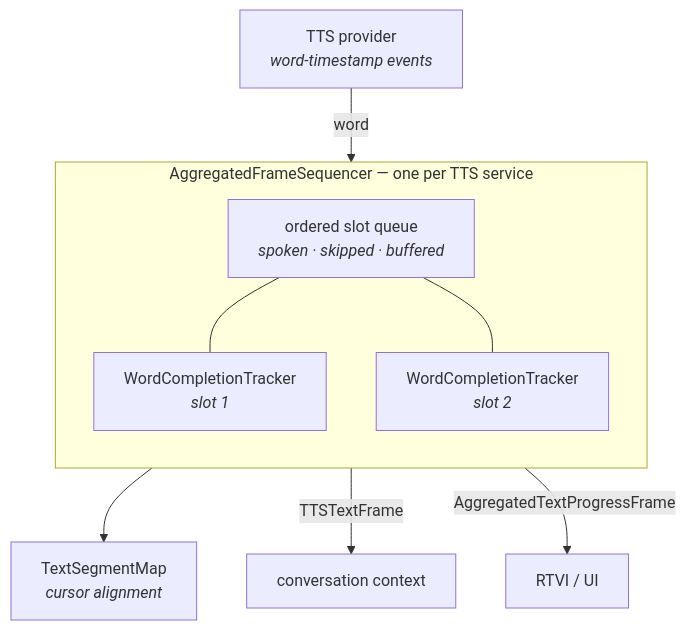
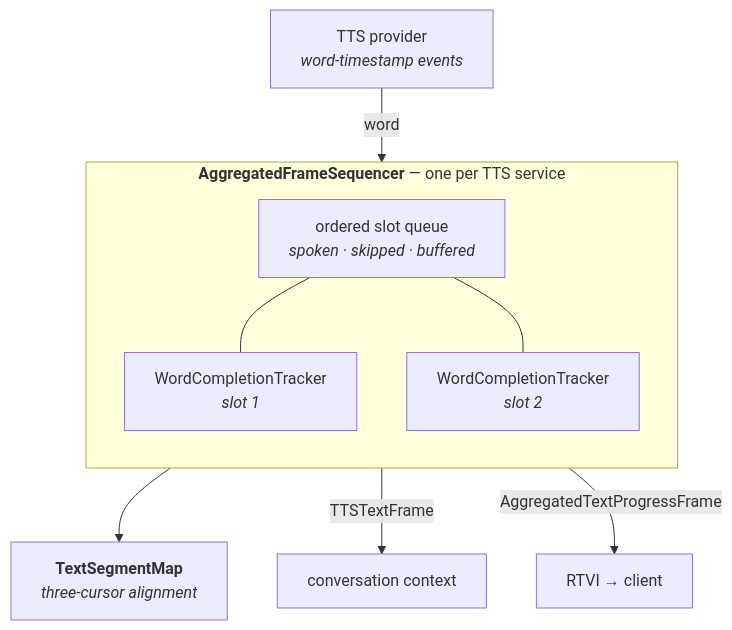
One commit to martinstiago/pipecat changed the second of 2 diagrams in docs/architecture/README.md. Above: the diagram before and after it, drawn with Mermaid. The commit also changed other lines of this file and 4 other files, not shown here.

````diff
--- a/docs/architecture/README.md
+++ b/docs/architecture/README.md
@@ -40,18 +147,18 @@
 ```mermaid
 flowchart TD
     TTS["TTS provider<br/><i>word-timestamp events</i>"] -->|word| SEQ
 
-    subgraph SEQ["AggregatedFrameSequencer — one per TTS service"]
+    subgraph SEQ["<b>AggregatedFrameSequencer</b> — one per TTS service"]
         direction TB
         Q["ordered slot queue<br/><i>spoken · skipped · buffered</i>"]
         WCT1["WordCompletionTracker<br/><i>slot 1</i>"]
         WCT2["WordCompletionTracker<br/><i>slot 2</i>"]
         Q --- WCT1
         Q --- WCT2
     end
 
-    WCT1 --> TSM["TextSegmentMap<br/><i>cursor alignment</i>"]
+    WCT1 --> TSM["<b>TextSegmentMap</b><br/><i>three-cursor alignment</i>"]
 
     SEQ -->|TTSTextFrame| CTX["conversation context"]
-    SEQ -->|AggregatedTextProgressFrame| RTVI["RTVI / UI"]
+    SEQ -->|AggregatedTextProgressFrame| RTVI["RTVI → client"]
 ```
````
